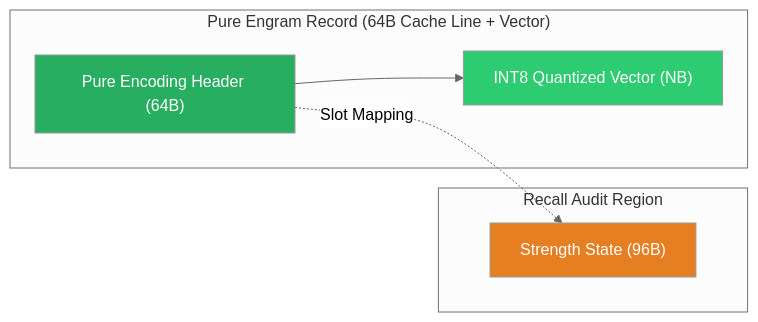
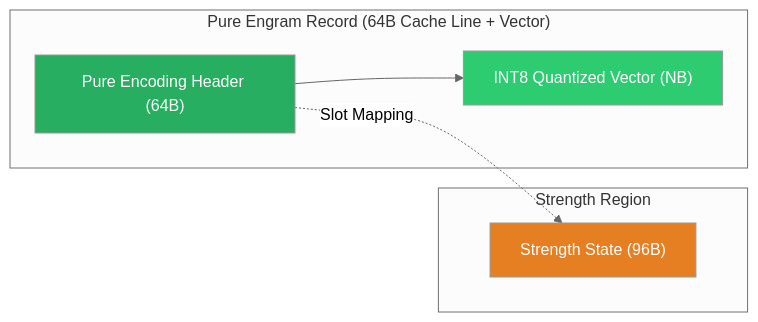
The fourth of 5 diagrams in docs/docs/memory/panama-design.md (spectrayan/spector), drawn with Mermaid (neutral theme) before and after one commit. The commit also changed other lines of this file and 7 other files, not shown here.

First line of the commit message:
docs(kernel): rename audit region to strength region across documentation

````diff
--- a/docs/docs/memory/panama-design.md
+++ b/docs/docs/memory/panama-design.md
@@ -135,14 +135,14 @@
 ```mermaid
 graph LR
     subgraph "Pure Engram Record (64B Cache Line + Vector)"
         H["Pure Encoding Header (64B)"] --> V["INT8 Quantized Vector (NB)"]
     end
-    subgraph "Recall Audit Region"
+    subgraph "Strength Region"
         S["Strength State (96B)"]
     end
     H -.->|Slot Mapping| S
 
     style H fill:#27ae60,color:white
     style V fill:#2ecc71,color:white
     style S fill:#e67e22,color:white
 ```
````
